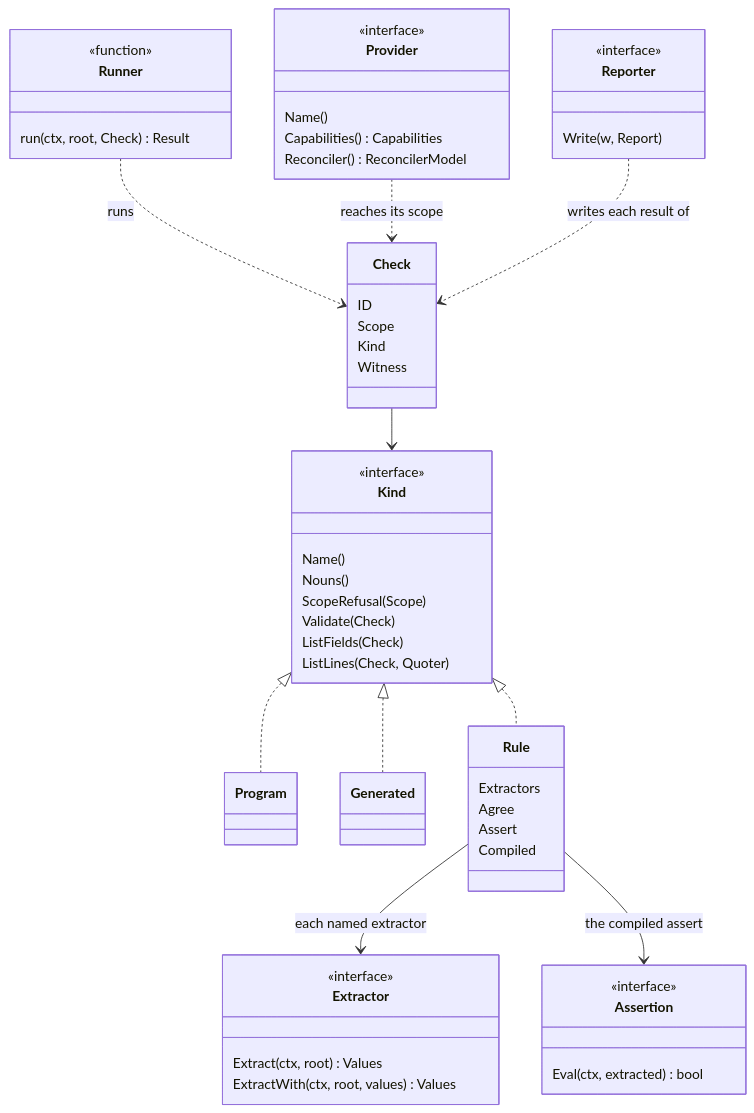
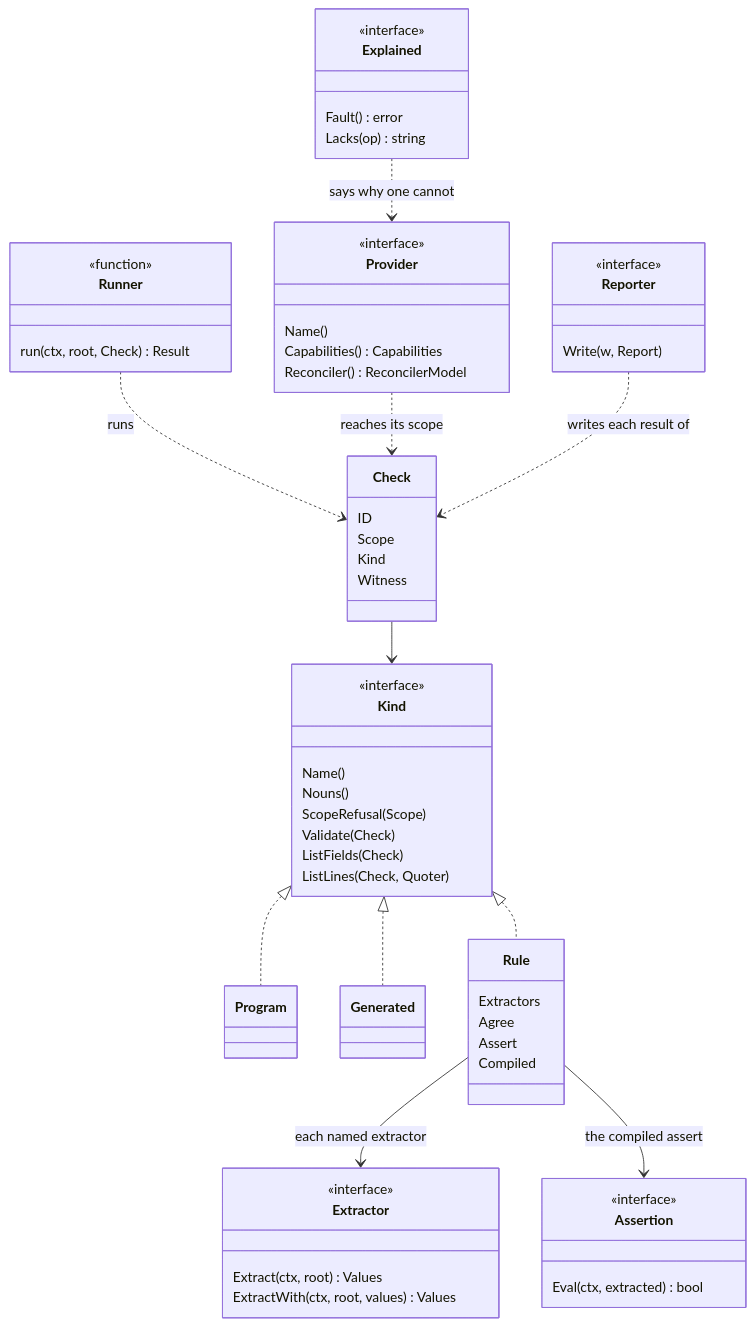
Before and after one commit to f-klement/errata: the fourth of 9 diagrams in docs/architecture.md, drawn with Mermaid. The commit also changed other lines of this file and 59 other files, not shown here.

First line of the commit message:
docs(roadmap): v0.6.0, v0.8.0 and the plugins as the owner rescoped them on 2026-11-28

````diff
--- a/docs/architecture.md
+++ b/docs/architecture.md
@@ -483,58 +495,64 @@
 ```mermaid
 classDiagram
     class Runner {
         <<function>>
         run(ctx, root, Check) Result
     }
     class Check {
         ID
         Scope
         Kind
         Witness
     }
     class Kind {
         <<interface>>
         Name()
         Nouns()
         ScopeRefusal(Scope)
         Validate(Check)
         ListFields(Check)
         ListLines(Check, Quoter)
     }
     class Program
     class Generated
     class Rule {
         Extractors
         Agree
         Assert
         Compiled
     }
     class Extractor {
         <<interface>>
         Extract(ctx, root) Values
         ExtractWith(ctx, root, values) Values
     }
     class Assertion {
         <<interface>>
         Eval(ctx, extracted) bool
     }
     class Provider {
         <<interface>>
         Name()
         Capabilities() Capabilities
         Reconciler() ReconcilerModel
     }
+    class Explained {
+        <<interface>>
+        Fault() error
+        Lacks(op) string
+    }
     class Reporter {
         <<interface>>
         Write(w, Report)
     }
     Check --> Kind
     Kind <|.. Program
     Kind <|.. Generated
     Kind <|.. Rule
     Rule --> Extractor : each named extractor
     Rule --> Assertion : the compiled assert
     Runner ..> Check : runs
     Provider ..> Check : reaches its scope
+    Explained ..> Provider : says why one cannot
     Reporter ..> Check : writes each result of
 ```
````
